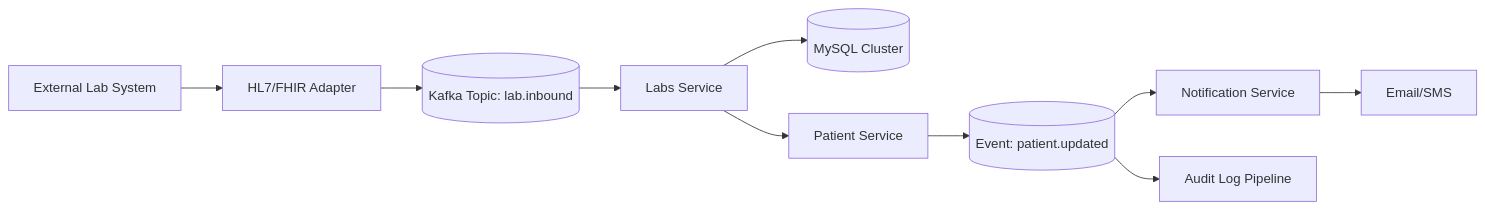
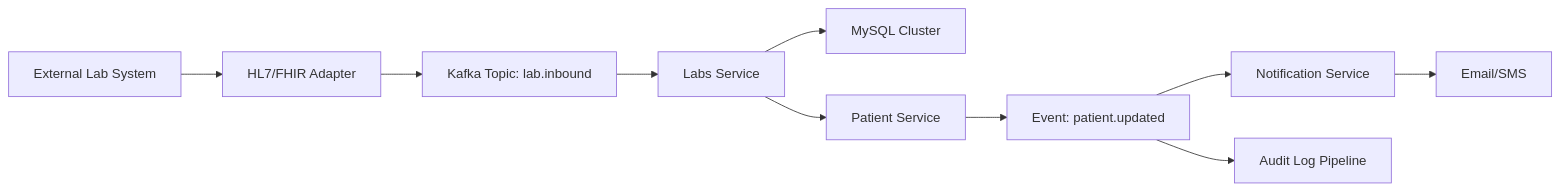
One commit to eltinghana/Oscar-Modernization changed the sixth of 6 diagrams in README.md. Above: the diagram before and after it, drawn with Mermaid. The commit also changed other lines of this file, not shown here.

Commit message:
Refactor diagram syntax in README for improved clarity and consistency

````diff
--- a/README.md
+++ b/README.md
@@ -189,10 +186,10 @@
 ```mermaid
 flowchart LR
  LAB[External Lab System] --> HL7[HL7/FHIR Adapter]
- HL7 --> MQ[(Kafka Topic: lab.inbound)] --> LABS[Labs Service]
- LABS --> DB[(MySQL Cluster)]
+ HL7 --> MQ[Kafka Topic: lab.inbound] --> LABS[Labs Service]
+ LABS --> DB[MySQL Cluster]
  LABS --> PAT[Patient Service]
- PAT --> MQ2[(Event: patient.updated)] --> NOTIFY[Notification Service]
+ PAT --> MQ2[Event: patient.updated] --> NOTIFY[Notification Service]
  NOTIFY --> OUT[Email/SMS]
  MQ2 --> AUDIT[Audit Log Pipeline]
 ```
````
